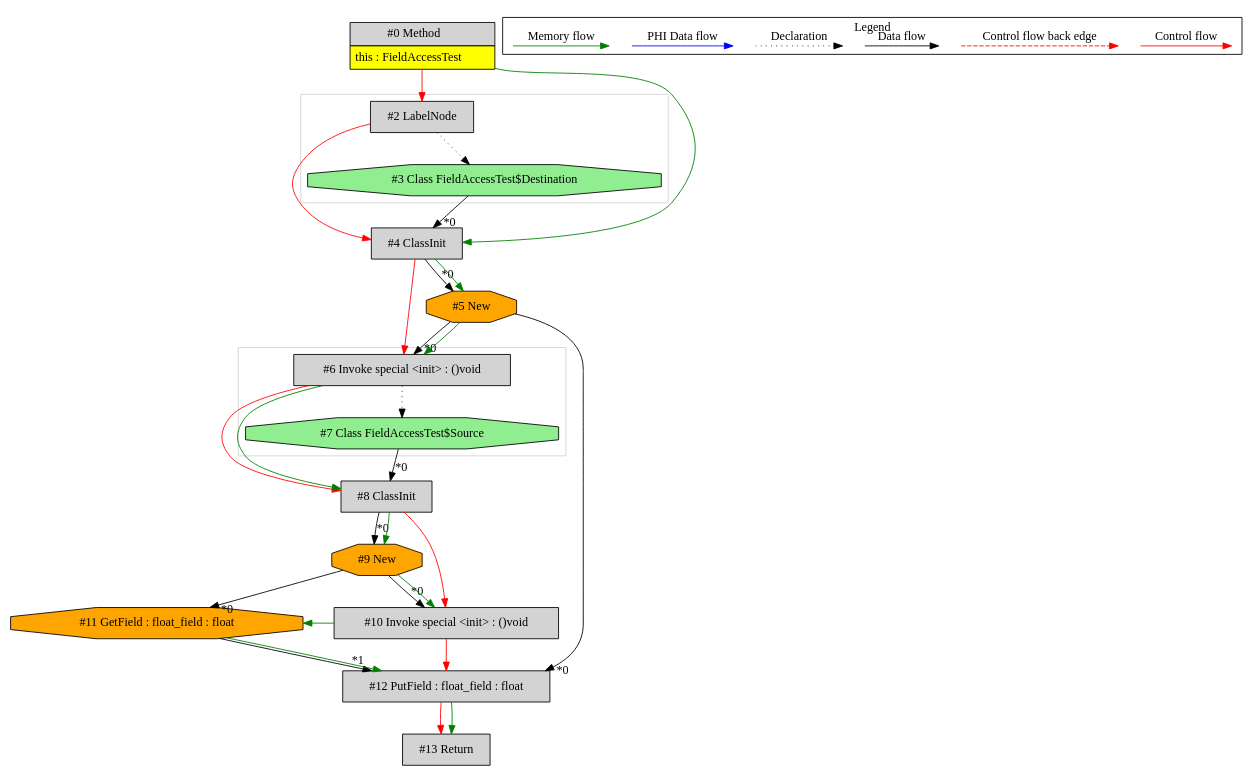
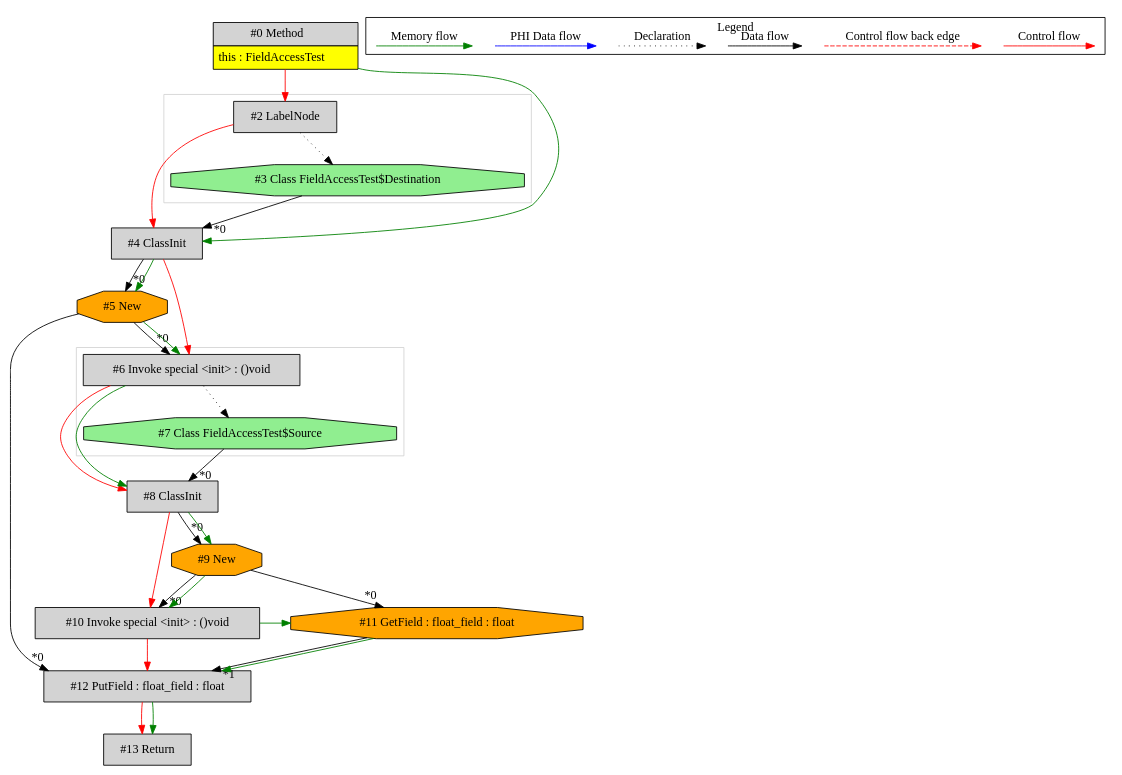
The diagram in de.mirkosertic.metair.ir.examples.FieldAccessTest/copy_float/ir.dot (mirkosertic/MetaIR), drawn with Graphviz before and after one commit. The commit also changed other lines of this file and 540 other files, not shown here.

```diff
--- a/de.mirkosertic.metair.ir.examples.FieldAccessTest/copy_float/ir.dot
+++ b/de.mirkosertic.metair.ir.examples.FieldAccessTest/copy_float/ir.dot
@@ -1,79 +1,79 @@
 digraph {
  ordering="in";
  node0[margin="0", label=<<table border="0" cellborder="1" cellspacing="0" cellpadding="5"><tr><td colspan="1">#0 Method</td></tr><tr><td port="prj1" bgcolor="yellow">this : FieldAccessTest</td></tr></table>>,shape=none, fillcolor=lightgrey, style=filled];
  node2[label="#2 LabelNode",shape=box, fillcolor=lightgrey, style=filled];
  node0 -> node2[labeldistance=2, color=red, fontcolor=red];
+ node3[label="#3 Class FieldAccessTest$Destination",shape=octagon, fillcolor=lightgreen, style=filled];
+ node2 -> node3[style=dotted];
  node4[label="#4 ClassInit",shape=box, fillcolor=lightgrey, style=filled];
  node3 -> node4[headlabel="*0", labeldistance=2];
  node2 -> node4[labeldistance=2, color=red, fontcolor=red];
  node0 -> node4[labeldistance=2, color=green, constraint=false];
- node3[label="#3 Class FieldAccessTest$Destination",shape=octagon, fillcolor=lightgreen, style=filled];
- node2 -> node3[style=dotted];
+ node5[label="#5 New",shape=octagon, fillcolor=orange, style=filled];
+ node4 -> node5[headlabel="*0", labeldistance=2];
+ node4 -> node5[labeldistance=2, color=green, constraint=false];
  node6[label="#6 Invoke special <init> : ()void",shape=box, fillcolor=lightgrey, style=filled];
  node5 -> node6[headlabel="*0", labeldistance=2];
  node4 -> node6[labeldistance=2, color=red, fontcolor=red];
  node5 -> node6[labeldistance=2, color=green, constraint=false];
- node5[label="#5 New",shape=octagon, fillcolor=orange, style=filled];
- node4 -> node5[headlabel="*0", labeldistance=2];
- node4 -> node5[labeldistance=2, color=green, constraint=false];
+ node7[label="#7 Class FieldAccessTest$Source",shape=octagon, fillcolor=lightgreen, style=filled];
+ node6 -> node7[style=dotted];
+ node8[label="#8 ClassInit",shape=box, fillcolor=lightgrey, style=filled];
+ node7 -> node8[headlabel="*0", labeldistance=2];
+ node6 -> node8[labeldistance=2, color=red, fontcolor=red];
+ node6 -> node8[labeldistance=2, color=green, constraint=false];
+ node9[label="#9 New",shape=octagon, fillcolor=orange, style=filled];
+ node8 -> node9[headlabel="*0", labeldistance=2];
+ node8 -> node9[labeldistance=2, color=green, constraint=false];
+ node11[label="#11 GetField : float_field : float",shape=octagon, fillcolor=orange, style=filled];
+ node9 -> node11[headlabel="*0", labeldistance=2];
+ node10 -> node11[labeldistance=2, color=green, constraint=false];
+ node10[label="#10 Invoke special <init> : ()void",shape=box, fillcolor=lightgrey, style=filled];
+ node9 -> node10[headlabel="*0", labeldistance=2];
+ node8 -> node10[labeldistance=2, color=red, fontcolor=red];
+ node9 -> node10[labeldistance=2, color=green, constraint=false];
  node12[label="#12 PutField : float_field : float",shape=box, fillcolor=lightgrey, style=filled];
  node5 -> node12[headlabel="*0", labeldistance=2];
  node11 -> node12[headlabel="*1", labeldistance=2];
  node11 -> node12[labeldistance=2, color=green, constraint=false];
  node10 -> node12[labeldistance=2, color=red, fontcolor=red];
- node10[label="#10 Invoke special <init> : ()void",shape=box, fillcolor=lightgrey, style=filled];
- node9 -> node10[headlabel="*0", labeldistance=2];
- node8 -> node10[labeldistance=2, color=red, fontcolor=red];
- node9 -> node10[labeldistance=2, color=green, constraint=false];
- node9[label="#9 New",shape=octagon, fillcolor=orange, style=filled];
- node8 -> node9[headlabel="*0", labeldistance=2];
- node8 -> node9[labeldistance=2, color=green, constraint=false];
- node8[label="#8 ClassInit",shape=box, fillcolor=lightgrey, style=filled];
- node7 -> node8[headlabel="*0", labeldistance=2];
- node6 -> node8[labeldistance=2, color=red, fontcolor=red];
- node6 -> node8[labeldistance=2, color=green, constraint=false];
- node7[label="#7 Class FieldAccessTest$Source",shape=octagon, fillcolor=lightgreen, style=filled];
- node6 -> node7[style=dotted];
- node11[label="#11 GetField : float_field : float",shape=octagon, fillcolor=orange, style=filled];
- node9 -> node11[headlabel="*0", labeldistance=2];
- node10 -> node11[labeldistance=2, color=green, constraint=false];
  node13[label="#13 Return",shape=box, fillcolor=lightgrey, style=filled];
  node12 -> node13[labeldistance=2, color=red, fontcolor=red];
  node12 -> node13[labeldistance=2, color=green, constraint=false];
  subgraph cluster_0 {
   color=lightgray;
-  node2;
-  node3;
+  node6;
+  node7;
  }
  subgraph cluster_1 {
   color=lightgray;
-  node6;
-  node7;
+  node2;
+  node3;
  }
  subgraph cluster_000 {
   label = "Legend";
   node [shape=point]
   {
    rank=same;
    c0 [style = invis];
    c1 [style = invis];
    c2 [style = invis];
    c3 [style = invis];
    d0 [style = invis];
    d1 [style = invis];
    d2 [style = invis];
    d3 [style = invis];
    d4 [style = invis];
    d5 [style = invis];
    d6 [style = invis];
    d7 [style = invis];
   }
   c0 -> c1 [label="Control flow", style=solid, color=red]
   c2 -> c3 [label="Control flow back edge", style=dashed, color=red]
   d0 -> d1 [label="Data flow"]
   d2 -> d3 [label="Declaration", style=dotted]
   d4 -> d5 [label="PHI Data flow", color=blue]
   d6 -> d7 [label="Memory flow", color=green]
  }
 
 }
```
